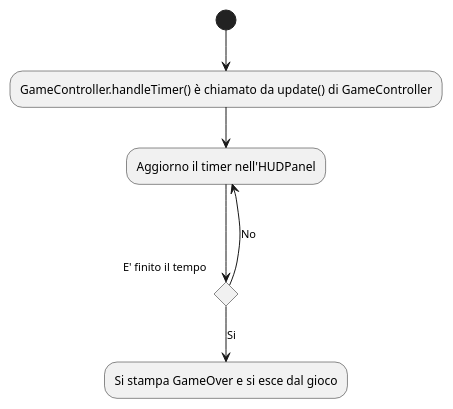
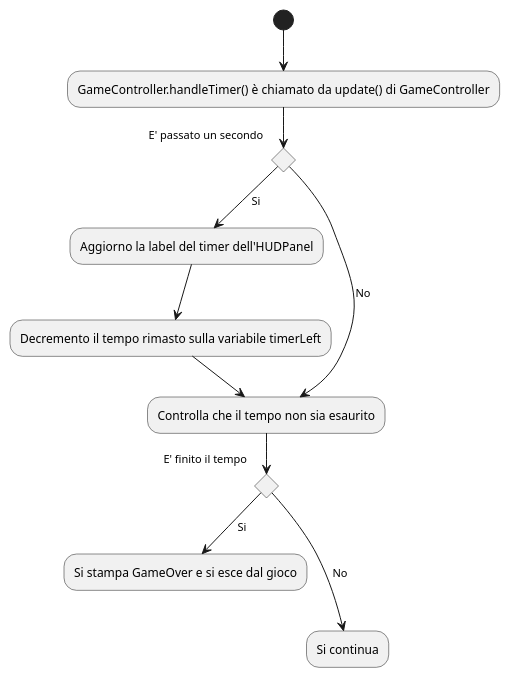
The diagram in out/production/JFlySwatter/controller/HandleTimerActivity.puml (lcintini/JFlySwatter), drawn with PlantUML before and after one commit. The commit also changed 22 other files, not shown here.

Commit message:
correzione diagrammi di flusso

```diff
--- a/out/production/JFlySwatter/controller/HandleTimerActivity.puml
+++ b/out/production/JFlySwatter/controller/HandleTimerActivity.puml
@@ -1,12 +1,18 @@
 @startuml
 'https://plantuml.com/activity-diagram-beta
 
 (*)  --> "GameController.handleTimer() è chiamato da update() di GameController"
---> "Aggiorno il timer nell'HUDPanel"
+If "E' passato un secondo" then
+--> [Si] "Aggiorno la label del timer dell'HUDPanel"
+-->"Decremento il tempo rimasto sulla variabile timerLeft"
+--> "Controlla che il tempo non sia esaurito"
+else
+---> [No] "Controlla che il tempo non sia esaurito"
+Endif
 If "E' finito il tempo" then
 --> [Si] "Si stampa GameOver e si esce dal gioco"
 else
----> [No] "Aggiorno il timer nell'HUDPanel"
+---> [No] "Si continua"
 Endif
 
 @enduml
```
